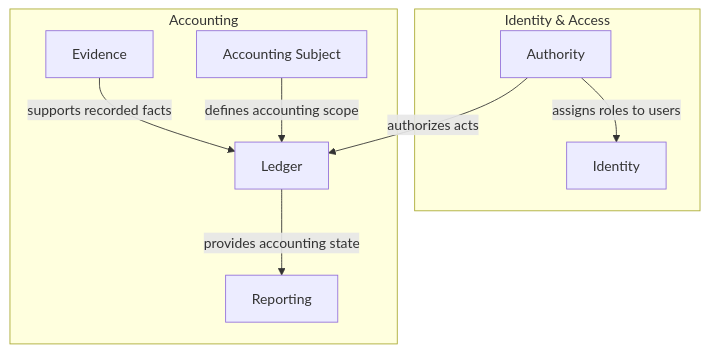
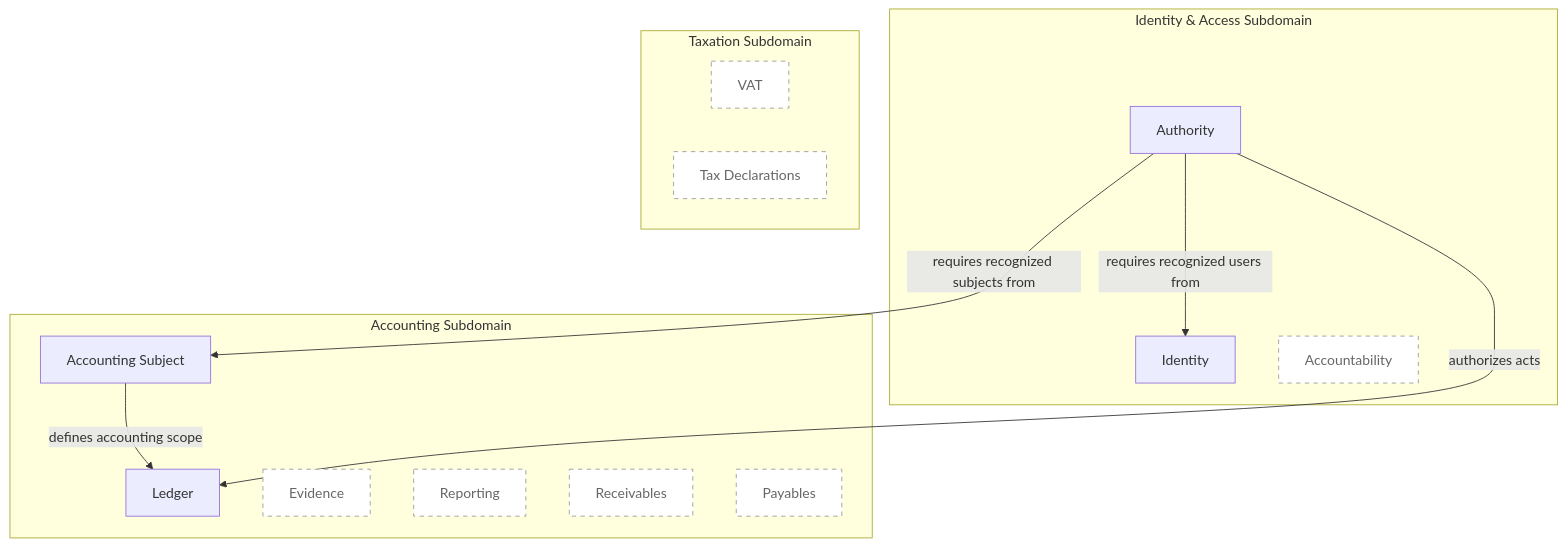
Before and after one commit to runemalm/acc-dotnet: the diagram in README.md, drawn with Mermaid. The commit also changed other lines of this file and 64 other files, not shown here.

````diff
--- a/README.md
+++ b/README.md
@@ -15,20 +15,30 @@
 ```mermaid
 flowchart TB
-    subgraph IF["Identity & Access"]
+    subgraph IF["Identity & Access Subdomain"]
         Identity["Identity"]
         Authority["Authority"]
+        Accountability["Accountability"]
     end
 
-    subgraph AC["Accounting"]
+    subgraph AC["Accounting Subdomain"]
         AccountingSubject["Accounting Subject"]
         Ledger["Ledger"]
         Evidence["Evidence"]
         Reporting["Reporting"]
+        Receivables["Receivables"]
+        Payables["Payables"]
     end
 
-    Evidence -->|supports recorded facts| Ledger
-    Ledger -->|provides accounting state| Reporting
+    subgraph TX["Taxation Subdomain"]
+        VAT["VAT"]
+        TaxDeclarations["Tax Declarations"]
+    end
+
     AccountingSubject -->|defines accounting scope| Ledger
-    Authority -->|assigns roles to users| Identity
+    Authority -->|requires recognized users from| Identity
+    Authority -->|requires recognized subjects from| AccountingSubject
     Authority -->|authorizes acts| Ledger
+
+    classDef planned stroke-dasharray: 5 5,color:#666,stroke:#999,fill:#fff
+    class Accountability,Evidence,Reporting,Receivables,Payables,VAT,TaxDeclarations planned
 ```
````
